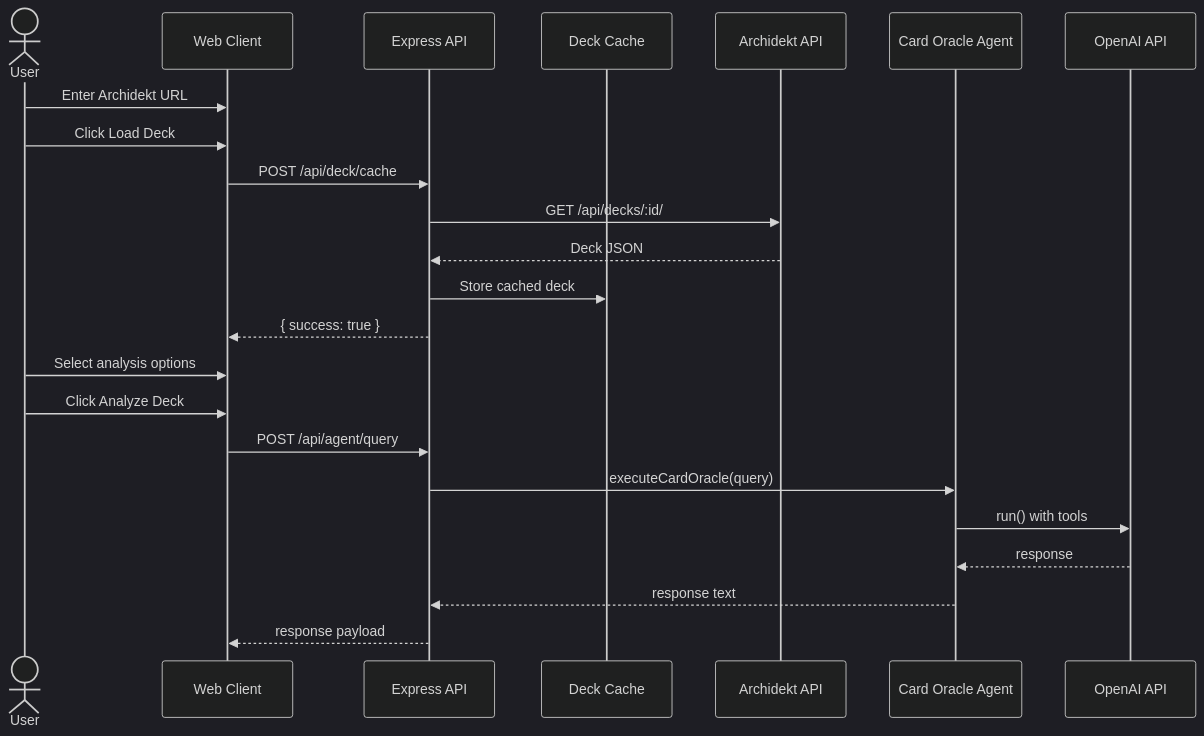
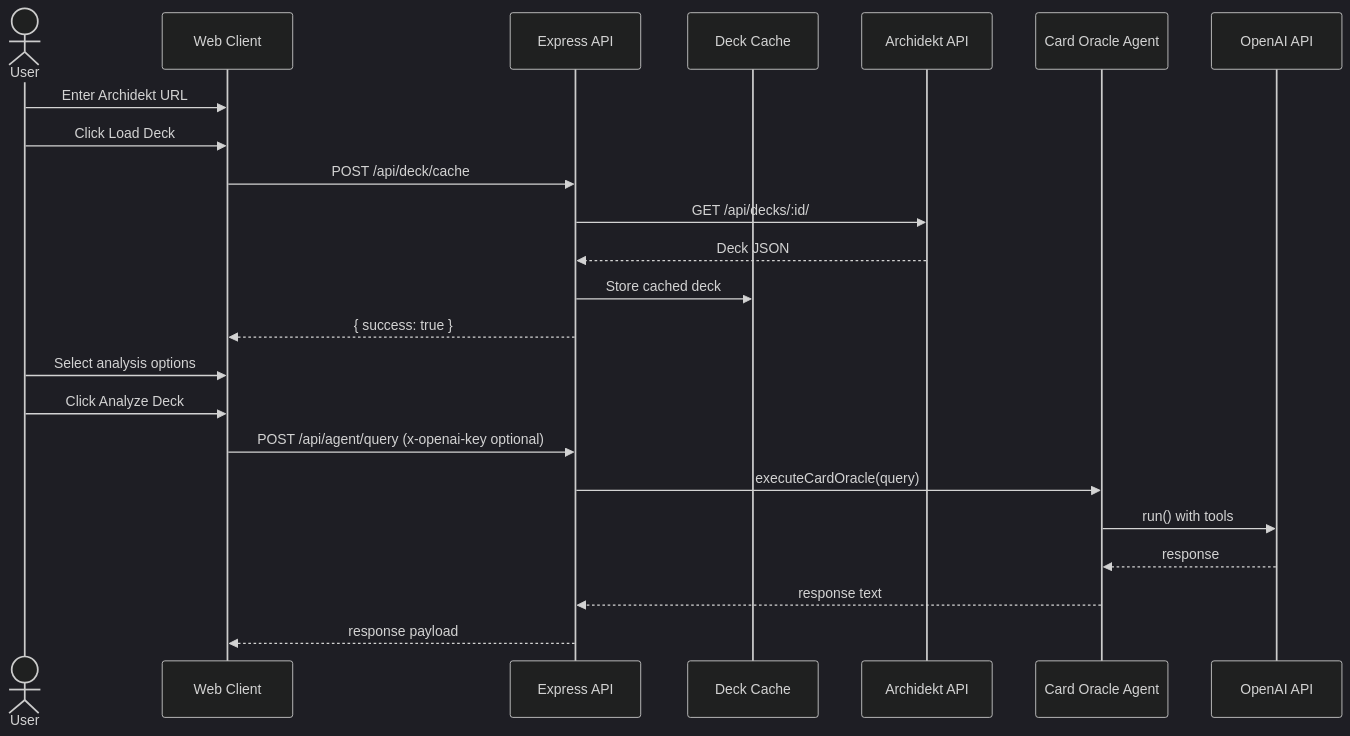
Before and after one commit to dougsaus/before-that-resolves: the first of 3 diagrams in docs/interaction.md, drawn with Mermaid (dark theme). The commit also changed other lines of this file and 9 other files, not shown here.

Commit message:
Add BYOK OpenAI key flow

````diff
--- a/docs/interaction.md
+++ b/docs/interaction.md
@@ -7,27 +7,27 @@
 ```mermaid
 sequenceDiagram
   actor User
   participant UI as Web Client
   participant API as Express API
   participant Deck as Deck Cache
   participant Archidekt as Archidekt API
   participant Agent as Card Oracle Agent
   participant OpenAI as OpenAI API
 
   User->>UI: Enter Archidekt URL
   User->>UI: Click Load Deck
   UI->>API: POST /api/deck/cache
   API->>Archidekt: GET /api/decks/:id/
   Archidekt-->>API: Deck JSON
   API->>Deck: Store cached deck
   API-->>UI: { success: true }
 
   User->>UI: Select analysis options
   User->>UI: Click Analyze Deck
-  UI->>API: POST /api/agent/query
+  UI->>API: POST /api/agent/query (x-openai-key optional)
   API->>Agent: executeCardOracle(query)
   Agent->>OpenAI: run() with tools
   OpenAI-->>Agent: response
   Agent-->>API: response text
   API-->>UI: response payload
 ```
````
